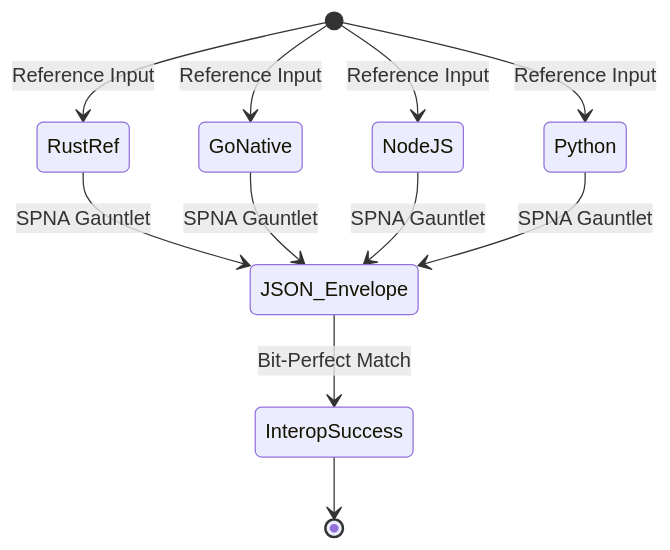
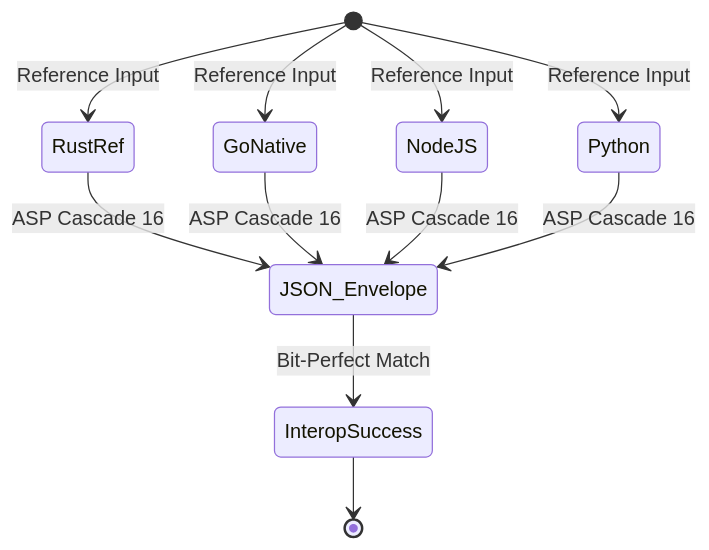
One commit to Kryklin/darkstar changed the fourth of 4 diagrams in d-asp/DASP_SYSTEM_FLOW.md. Above: the diagram before and after it, drawn with Mermaid. The commit also changed other lines of this file and 15 other files, not shown here.

````diff
--- a/d-asp/DASP_SYSTEM_FLOW.md
+++ b/d-asp/DASP_SYSTEM_FLOW.md
@@ -87,15 +87,15 @@
 ```mermaid
 stateDiagram-v2
     [*] --> RustRef: Reference Input
     [*] --> GoNative: Reference Input
     [*] --> NodeJS: Reference Input
     [*] --> Python: Reference Input
 
-    RustRef --> JSON_Envelope: SPNA Gauntlet
-    GoNative --> JSON_Envelope: SPNA Gauntlet
-    NodeJS --> JSON_Envelope: SPNA Gauntlet
-    Python --> JSON_Envelope: SPNA Gauntlet
+    RustRef --> JSON_Envelope: ASP Cascade 16
+    GoNative --> JSON_Envelope: ASP Cascade 16
+    NodeJS --> JSON_Envelope: ASP Cascade 16
+    Python --> JSON_Envelope: ASP Cascade 16
 
     JSON_Envelope --> InteropSuccess: Bit-Perfect Match
     InteropSuccess --> [*]
 ```
````
